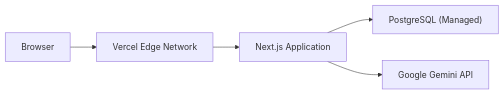
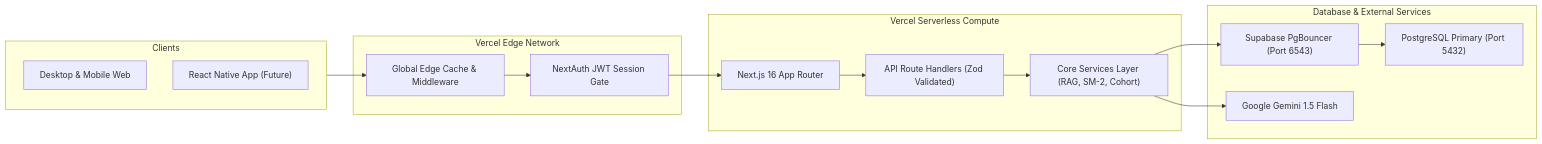
One commit to sharmaa-abhi/SkillSync changed the eighth of 9 diagrams in docs/ARCHITECTURE.md. Above: the diagram before and after it, drawn with Mermaid. The commit also changed other lines of this file and 9 other files, not shown here.

````diff
--- a/docs/ARCHITECTURE.md
+++ b/docs/ARCHITECTURE.md
@@ -458,7 +458,33 @@
 ```mermaid
 graph LR
-    Browser["Browser"] --> Vercel["Vercel Edge Network"]
-    Vercel --> App["Next.js Application"]
-    App --> DB["PostgreSQL (Managed)"]
-    App --> Gemini["Google Gemini API"]
+    subgraph Clients["Clients"]
+        Browser["Desktop & Mobile Web"]
+        NativeMobile["React Native App (Future)"]
+    end
+
+    subgraph Edge["Vercel Edge Network"]
+        CDN["Global Edge Cache & Middleware"]
+        AuthCheck["NextAuth JWT Session Gate"]
+    end
+
+    subgraph Compute["Vercel Serverless Compute"]
+        AppRouter["Next.js 16 App Router"]
+        RouteHandlers["API Route Handlers (Zod Validated)"]
+        Services["Core Services Layer (RAG, SM-2, Cohort)"]
+    end
+
+    subgraph Data["Database & External Services"]
+        Pooler["Supabase PgBouncer (Port 6543)"]
+        DirectDB["PostgreSQL Primary (Port 5432)"]
+        Gemini["Google Gemini 1.5 Flash"]
+    end
+
+    Clients --> CDN
+    CDN --> AuthCheck
+    AuthCheck --> AppRouter
+    AppRouter --> RouteHandlers
+    RouteHandlers --> Services
+    Services --> Pooler
+    Services --> Gemini
+    Pooler --> DirectDB
 ```
````
